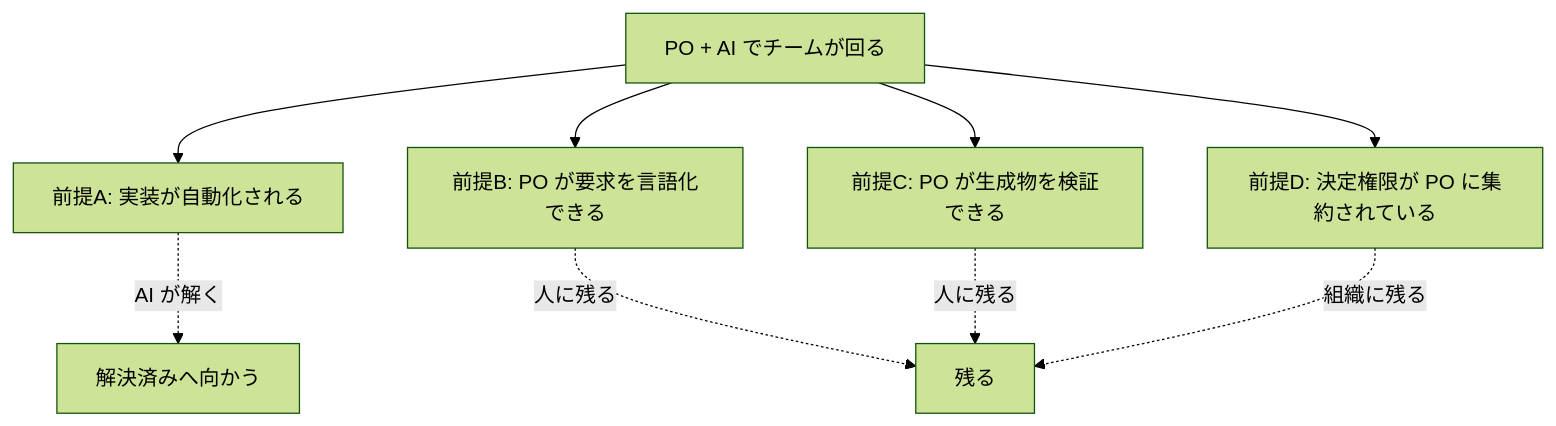
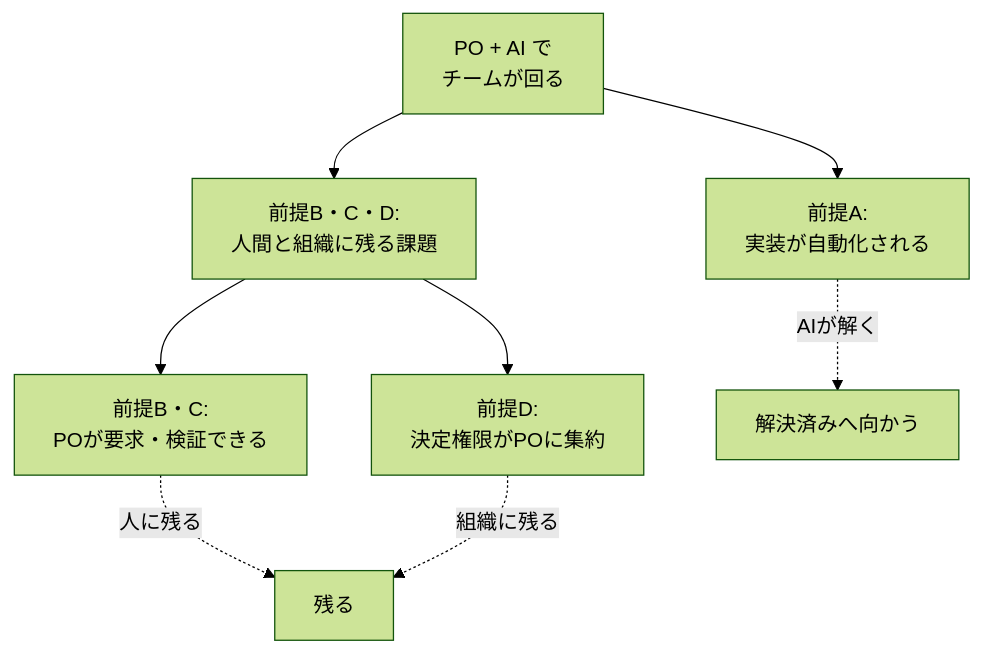
One commit to Takenori-Kusaka/publishing-hub changed the second of 2 diagrams in books/pit-in-process/why-it-looks-idealistic.md. Above: the diagram before and after it, drawn with Mermaid (forest theme). The commit also changed other lines of this file and 8 other files, not shown here.

Commit message:
chore(mermaid): fix figures and check-figures script [P0-03]

````diff
--- a/books/pit-in-process/why-it-looks-idealistic.md
+++ b/books/pit-in-process/why-it-looks-idealistic.md
@@ -56,11 +60,10 @@
 ```mermaid
-graph TD
-  X["PO + AI でチームが回る"] --> A["前提A: 実装が自動化される"]
-  X --> B["前提B: PO が要求を言語化できる"]
-  X --> C["前提C: PO が生成物を検証できる"]
-  X --> D["前提D: 決定権限が PO に集約されている"]
-  A -.->|AI が解く| Y["解決済みへ向かう"]
-  B -.->|人に残る| Z["残る"]
-  C -.->|人に残る| Z
+flowchart TD
+  X["PO + AI で<br/>チームが回る"] --> A["前提A:<br/>実装が自動化される"]
+  X --> HR["前提B・C・D:<br/>人間と組織に残る課題"]
+  HR --> B_C["前提B・C:<br/>POが要求・検証できる"]
+  HR --> D["前提D:<br/>決定権限がPOに集約"]
+  A -.->|AIが解く| Y["解決済みへ向かう"]
+  B_C -.->|人に残る| Z["残る"]
   D -.->|組織に残る| Z
 ```
````
